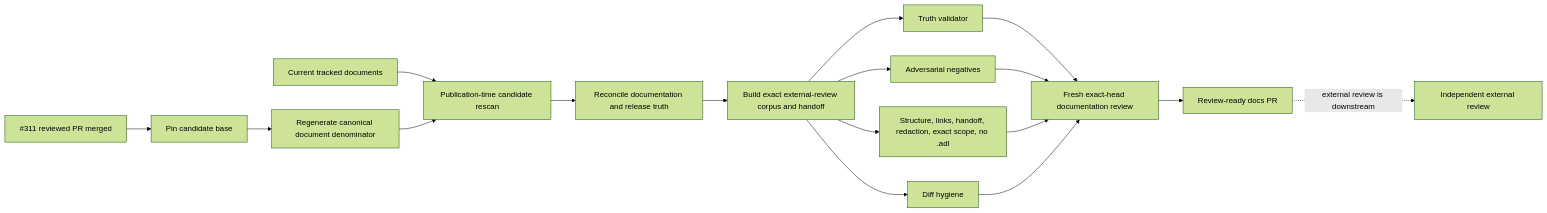
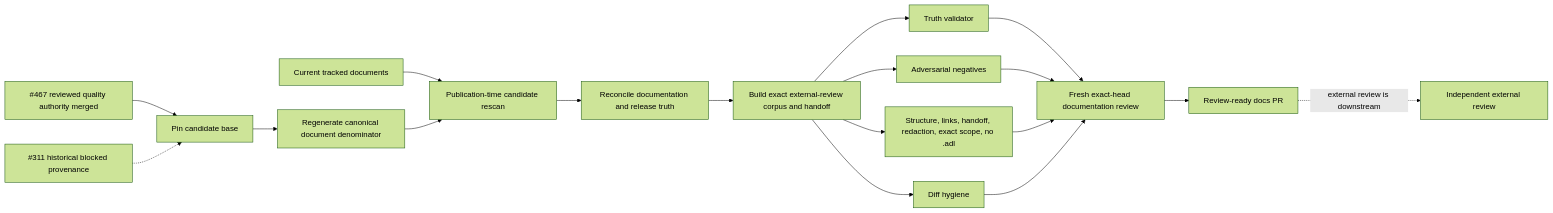
Before and after one commit to agent-logic/agent-design-language: the diagram in .csdlc/prepared/issues/312/diagram.mmd, drawn with Mermaid (forest theme). The commit also changed 13 other files, not shown here.

```diff
--- a/.csdlc/prepared/issues/312/diagram.mmd
+++ b/.csdlc/prepared/issues/312/diagram.mmd
@@ -1,17 +1,18 @@
 flowchart LR
-  M["#311 reviewed PR merged"] --> B["Pin candidate base"]
+  M["#467 reviewed quality authority merged"] --> B["Pin candidate base"]
+  H311["#311 historical blocked provenance"] -.-> B
   B --> C["Regenerate canonical document denominator"]
   P["Current tracked documents"] --> R["Publication-time candidate rescan"]
   C --> R
   R --> T["Reconcile documentation and release truth"]
   T --> H["Build exact external-review corpus and handoff"]
   H --> V1["Truth validator"]
   H --> V2["Adversarial negatives"]
   H --> V3["Structure, links, handoff, redaction, exact scope, no .adl"]
   H --> V4["Diff hygiene"]
   V1 --> X["Fresh exact-head documentation review"]
   V2 --> X
   V3 --> X
   V4 --> X
   X --> O["Review-ready docs PR"]
   O -. "external review is downstream" .-> E["Independent external review"]
```
